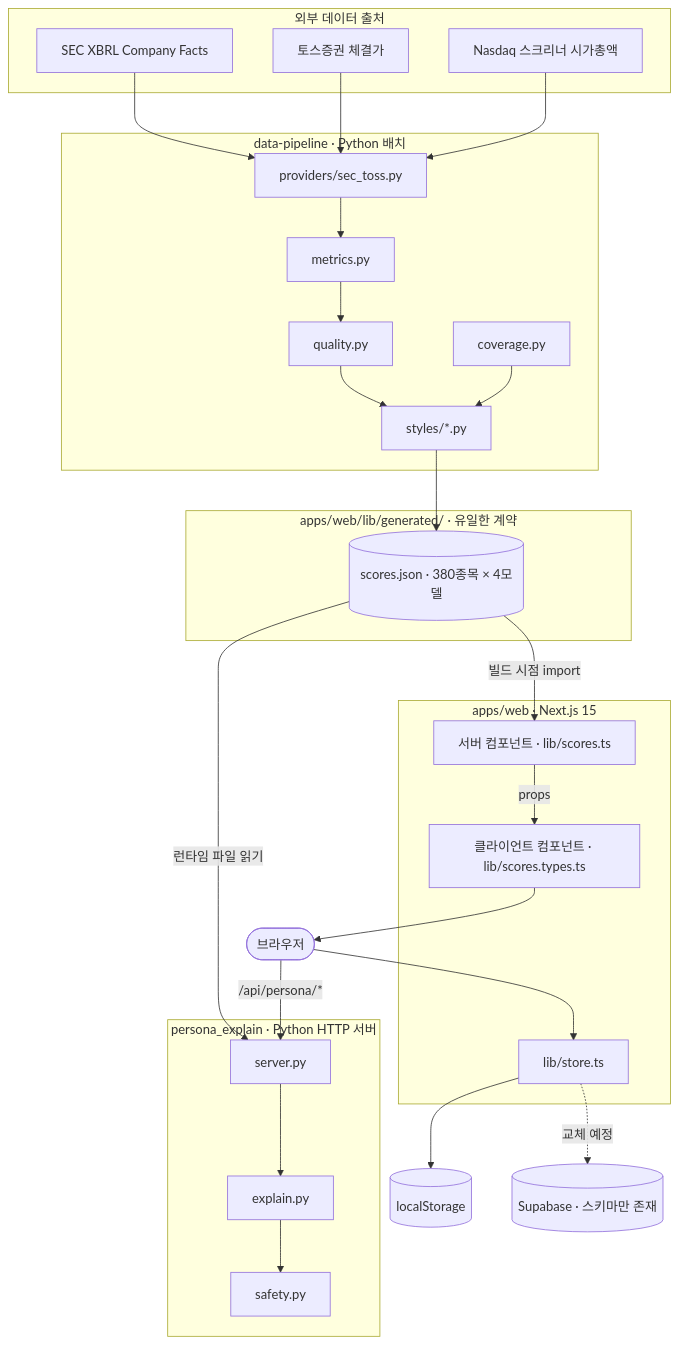
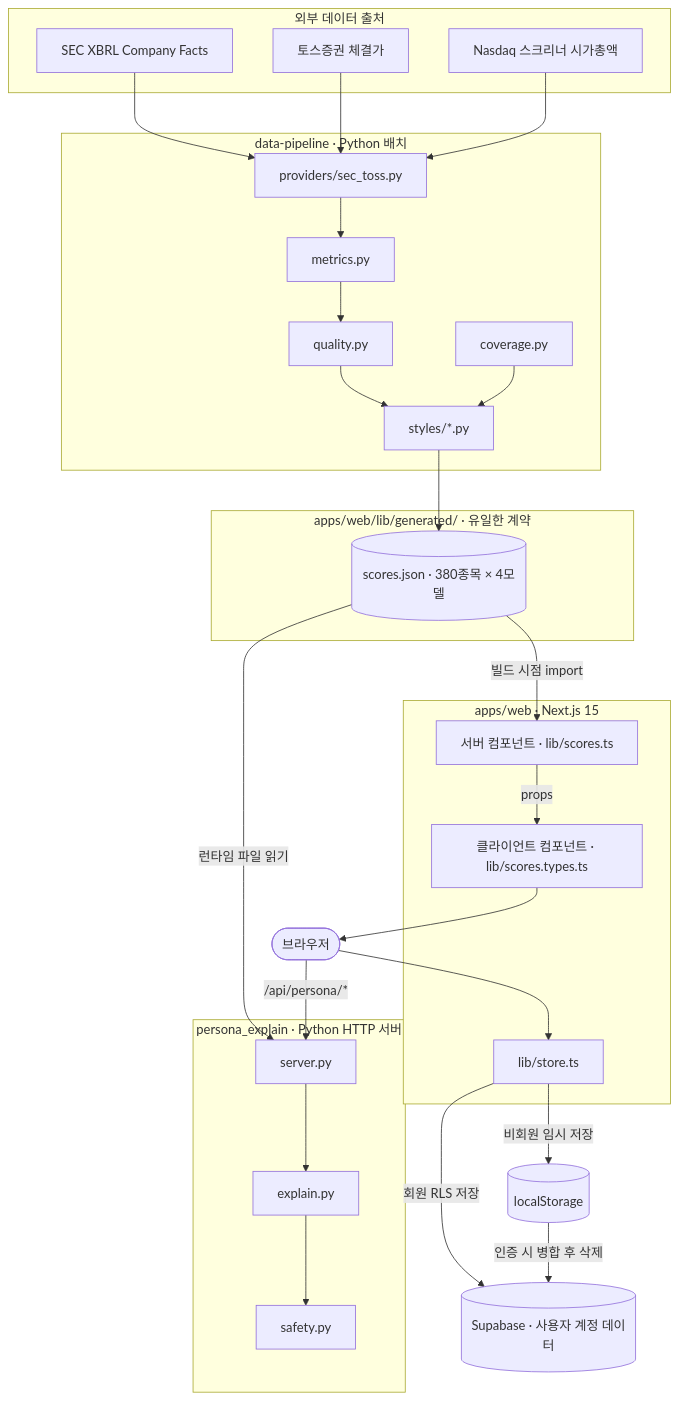
One commit to Tokenaires-hancom/tokenaires_wisor changed the first of 7 diagrams in docs/system-design.md. Above: the diagram before and after it, drawn with Mermaid. The commit also changed other lines of this file and 3 other files, not shown here.

````diff
--- a/docs/system-design.md
+++ b/docs/system-design.md
@@ -21,52 +21,54 @@
 ```mermaid
 flowchart TB
     subgraph EXT["외부 데이터 출처"]
         SEC["SEC XBRL Company Facts"]
         TOSS["토스증권 체결가"]
         NDQ["Nasdaq 스크리너 시가총액"]
     end
 
     subgraph BATCH["data-pipeline · Python 배치"]
         PROV["providers/sec_toss.py"]
         MET["metrics.py"]
         QUA["quality.py"]
         COV["coverage.py"]
         STY["styles/*.py"]
     end
 
     subgraph GEN["apps/web/lib/generated/ · 유일한 계약"]
         SJ[("scores.json · 380종목 × 4모델")]
     end
 
     subgraph WEB["apps/web · Next.js 15"]
         SRV["서버 컴포넌트 · lib/scores.ts"]
         CLI["클라이언트 컴포넌트 · lib/scores.types.ts"]
         STORE["lib/store.ts"]
     end
 
     subgraph CHAT["persona_explain · Python HTTP 서버"]
         PS["server.py"]
         SAFE["safety.py"]
         LLM["explain.py"]
     end
 
     BROWSER(["브라우저"])
     LS[("localStorage")]
-    SB[("Supabase · 스키마만 존재")]
+    SB[("Supabase · 사용자 계정 데이터")]
 
     SEC --> PROV
     TOSS --> PROV
     NDQ --> PROV
     PROV --> MET --> QUA --> STY --> SJ
     COV --> STY
 
     SJ -->|빌드 시점 import| SRV
     SJ -->|런타임 파일 읽기| PS
 
     SRV -->|props| CLI
     CLI --> BROWSER
     BROWSER -->|/api/persona/*| PS
     PS --> LLM --> SAFE
-    BROWSER --> STORE --> LS
-    STORE -. 교체 예정 .-> SB
+    BROWSER --> STORE
+    STORE -->|"비회원 임시 저장"| LS
+    STORE -->|"회원 RLS 저장"| SB
+    LS -->|"인증 시 병합 후 삭제"| SB
 ```
````
